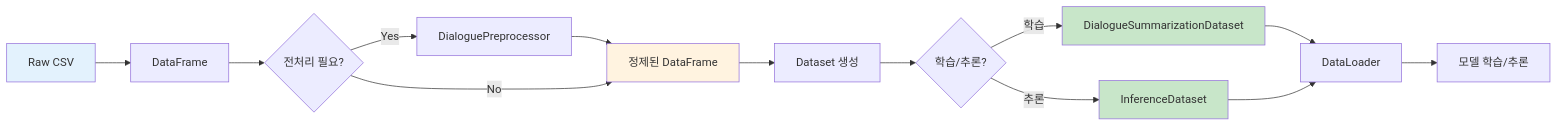
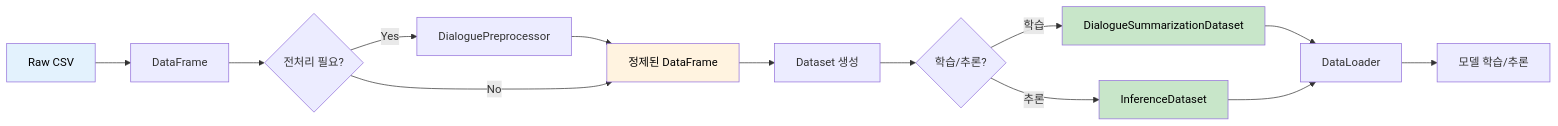
One commit to AIBootcamp14/naturallanguageprocessingcompetition-nlp-1 changed the third of 3 diagrams in docs/모듈화/03_데이터_파이프라인.md. Above: the diagram before and after it, drawn with Mermaid. The commit also changed 3 other files, not shown here.

````diff
--- a/docs/모듈화/03_데이터_파이프라인.md
+++ b/docs/모듈화/03_데이터_파이프라인.md
@@ -288,26 +288,26 @@
 ```mermaid
 graph LR
     A[Raw CSV] --> B[DataFrame]
     B --> C{전처리 필요?}
 
     C -->|Yes| D[DialoguePreprocessor]
     D --> E[정제된 DataFrame]
 
     C -->|No| E
 
     E --> F[Dataset 생성]
     F --> G{학습/추론?}
 
     G -->|학습| H[DialogueSummarizationDataset]
     G -->|추론| I[InferenceDataset]
 
     H --> J[DataLoader]
     I --> J
 
     J --> K[모델 학습/추론]
 
-    style A fill:#e3f2fd
-    style E fill:#fff3e0
-    style H fill:#c8e6c9
-    style I fill:#c8e6c9
+    style A fill:#e3f2fd,color:#000
+    style E fill:#fff3e0,color:#000
+    style H fill:#c8e6c9,color:#000
+    style I fill:#c8e6c9,color:#000
 ```
````
